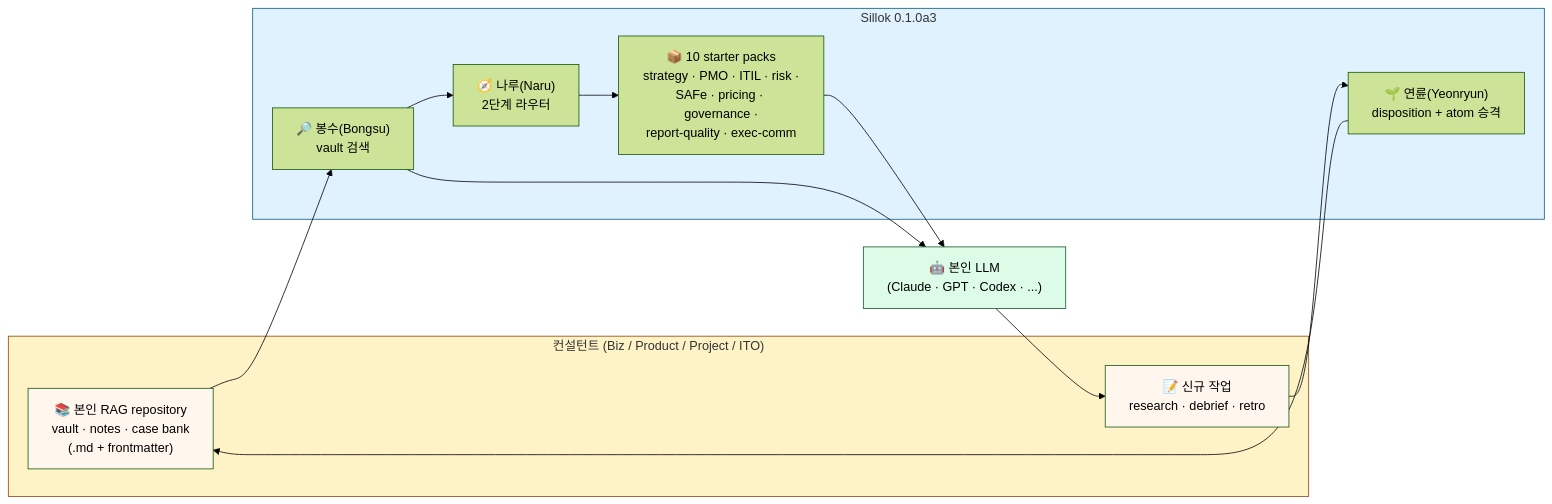
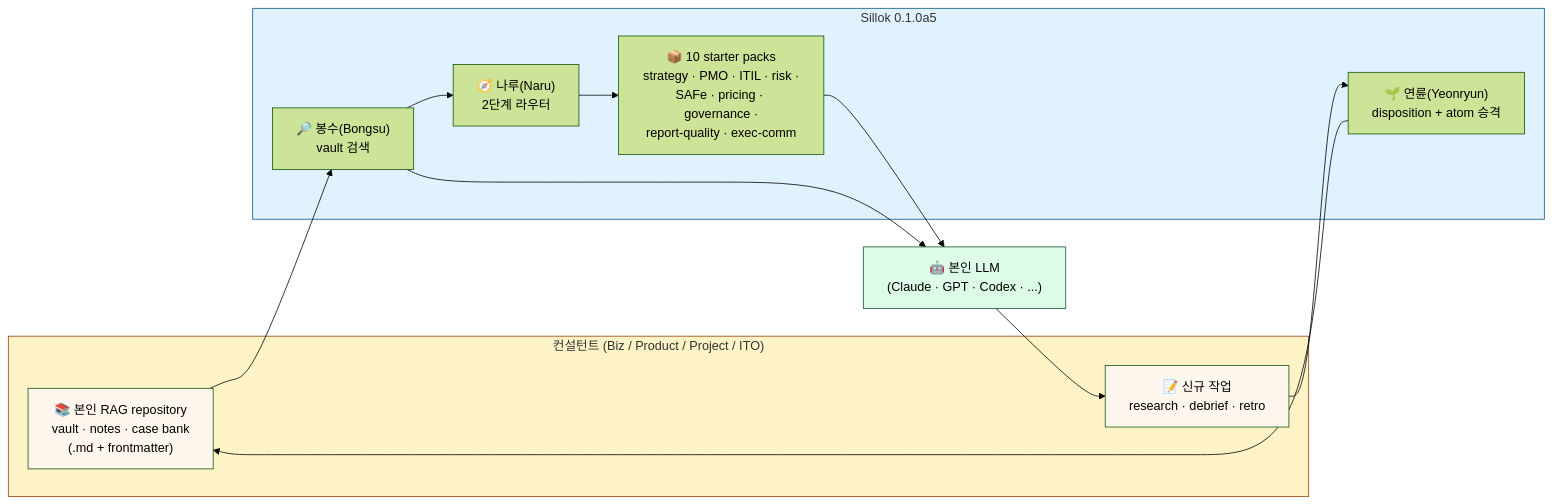
One commit to sillok-os/sillok changed the first of 2 diagrams in README.ko.md. Above: the diagram before and after it, drawn with Mermaid (forest theme). The commit also changed other lines of this file and 4 other files, not shown here.

````diff
--- a/README.ko.md
+++ b/README.ko.md
@@ -132,31 +47,31 @@
 ```mermaid
 flowchart LR
     subgraph YOU["컨설턴트 (Biz / Product / Project / ITO)"]
         VAULT["📚 본인 RAG repository<br/>vault · notes · case bank<br/>(.md + frontmatter)"]
         WORK["📝 신규 작업<br/>research · debrief · retro"]
     end
 
-    subgraph SILLOK["Sillok 0.1.0a3"]
+    subgraph SILLOK["Sillok 0.1.0a5"]
         PACKS["📦 10 starter packs<br/>strategy · PMO · ITIL · risk ·<br/>SAFe · pricing · governance ·<br/>report-quality · exec-comm"]
         ROUTER["🧭 나루(Naru)<br/>2단계 라우터"]
         SEARCH["🔎 봉수(Bongsu)<br/>vault 검색"]
         PROMOTE["🌱 연륜(Yeonryun)<br/>disposition + atom 승격"]
     end
 
     LLM["🤖 본인 LLM<br/>(Claude · GPT · Codex · ...)"]
 
     VAULT --> SEARCH
     SEARCH --> ROUTER
     ROUTER --> PACKS
     PACKS --> LLM
     SEARCH --> LLM
     LLM --> WORK
     WORK --> PROMOTE
     PROMOTE --> VAULT
 
     style YOU fill:#fef3c7,stroke:#92400e
     style SILLOK fill:#e0f2fe,stroke:#075985
     style VAULT fill:#fff7ed
     style WORK fill:#fff7ed
     style LLM fill:#dcfce7,stroke:#14532d
 ```
````
